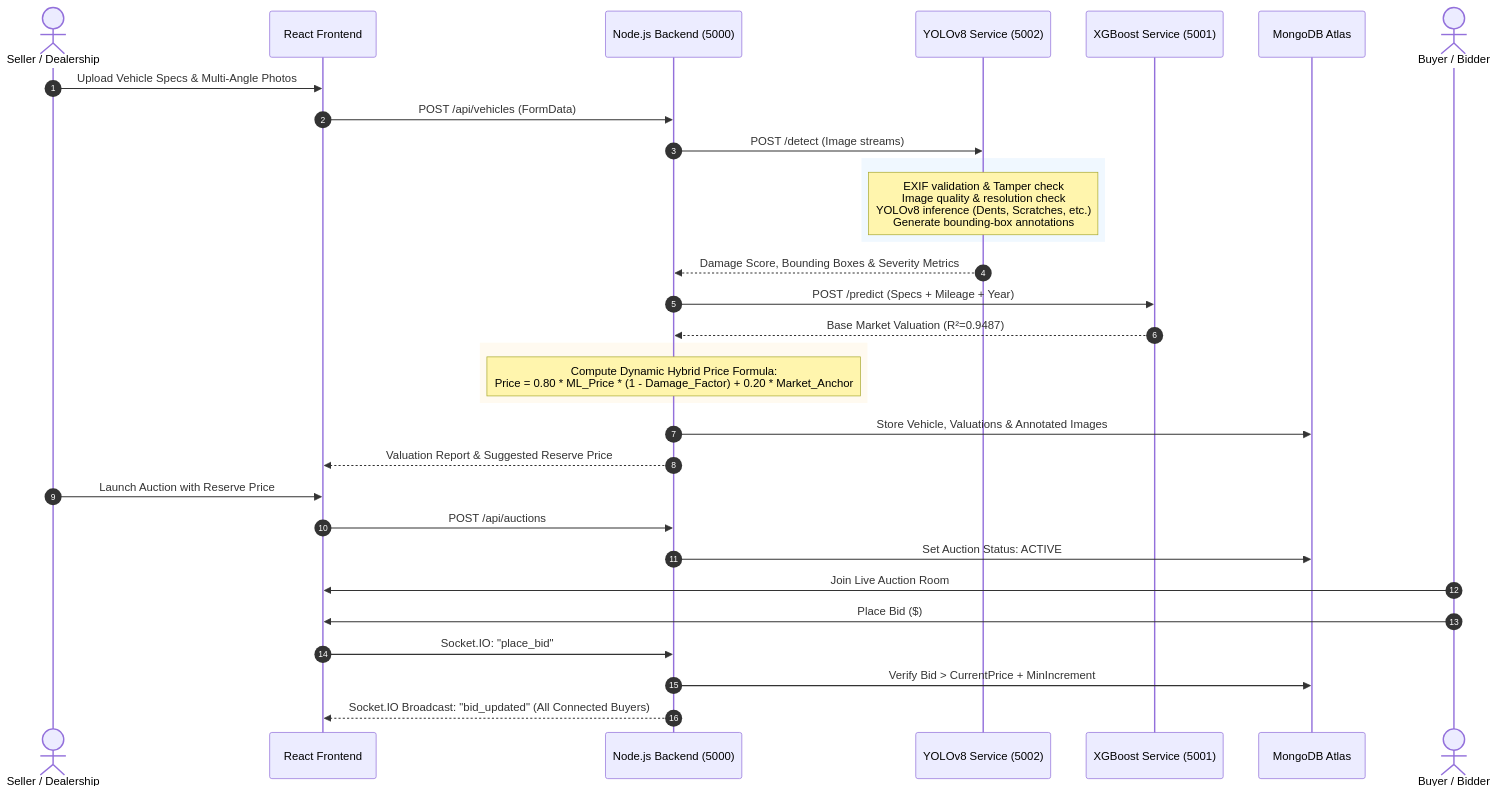
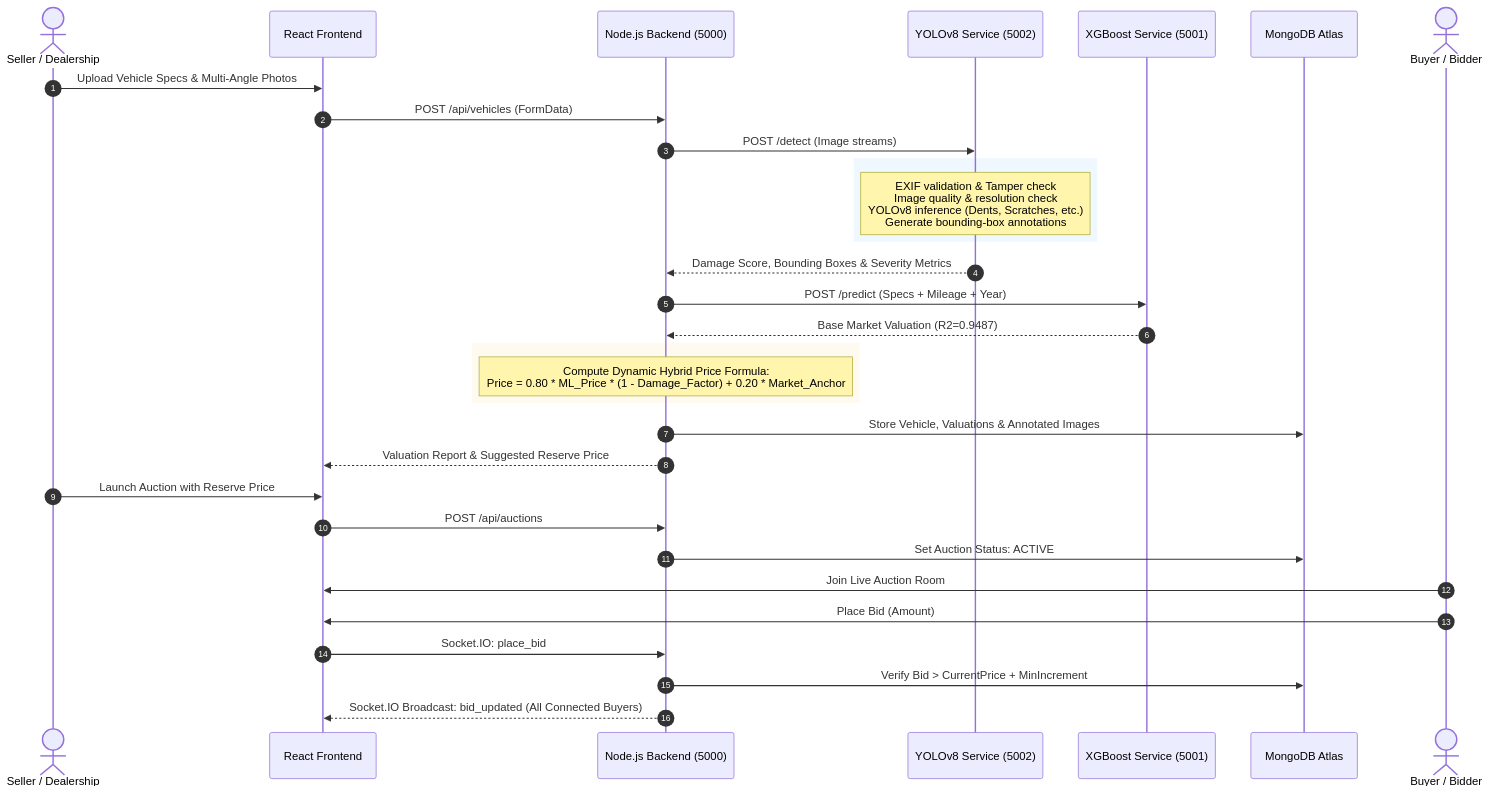
One commit to dushyant1704/ai-vehicle-auction-portal changed the second of 2 diagrams in README.md. Above: the diagram before and after it, drawn with Mermaid. The commit also changed other lines of this file, not shown here.

Commit message:
fix: resolve Mermaid diagram syntax errors for GitHub renderer

````diff
--- a/README.md
+++ b/README.md
@@ -92,41 +92,41 @@
 ```mermaid
 sequenceDiagram
     autonumber
     actor Seller as Seller / Dealership
     participant Client as React Frontend
     participant Backend as Node.js Backend (5000)
     participant Damage as YOLOv8 Service (5002)
     participant ML as XGBoost Service (5001)
     participant DB as MongoDB Atlas
     actor Buyer as Buyer / Bidder
 
     Seller->>Client: Upload Vehicle Specs & Multi-Angle Photos
     Client->>Backend: POST /api/vehicles (FormData)
     Backend->>Damage: POST /detect (Image streams)
     
     rect rgb(240, 248, 255)
         Note over Damage: EXIF validation & Tamper check<br/>Image quality & resolution check<br/>YOLOv8 inference (Dents, Scratches, etc.)<br/>Generate bounding-box annotations
     end
     
     Damage-->>Backend: Damage Score, Bounding Boxes & Severity Metrics
     
     Backend->>ML: POST /predict (Specs + Mileage + Year)
-    ML-->>Backend: Base Market Valuation (R²=0.9487)
+    ML-->>Backend: Base Market Valuation (R2=0.9487)
     
     rect rgb(255, 250, 240)
         Note over Backend: Compute Dynamic Hybrid Price Formula:<br/>Price = 0.80 * ML_Price * (1 - Damage_Factor) + 0.20 * Market_Anchor
     end
     
     Backend->>DB: Store Vehicle, Valuations & Annotated Images
     Backend-->>Client: Valuation Report & Suggested Reserve Price
     
     Seller->>Client: Launch Auction with Reserve Price
     Client->>Backend: POST /api/auctions
     Backend->>DB: Set Auction Status: ACTIVE
     
     Buyer->>Client: Join Live Auction Room
-    Buyer->>Client: Place Bid ($)
-    Client->>Backend: Socket.IO: "place_bid"
+    Buyer->>Client: Place Bid (Amount)
+    Client->>Backend: Socket.IO: place_bid
     Backend->>DB: Verify Bid > CurrentPrice + MinIncrement
-    Backend-->>Client: Socket.IO Broadcast: "bid_updated" (All Connected Buyers)
+    Backend-->>Client: Socket.IO Broadcast: bid_updated (All Connected Buyers)
 ```
````
